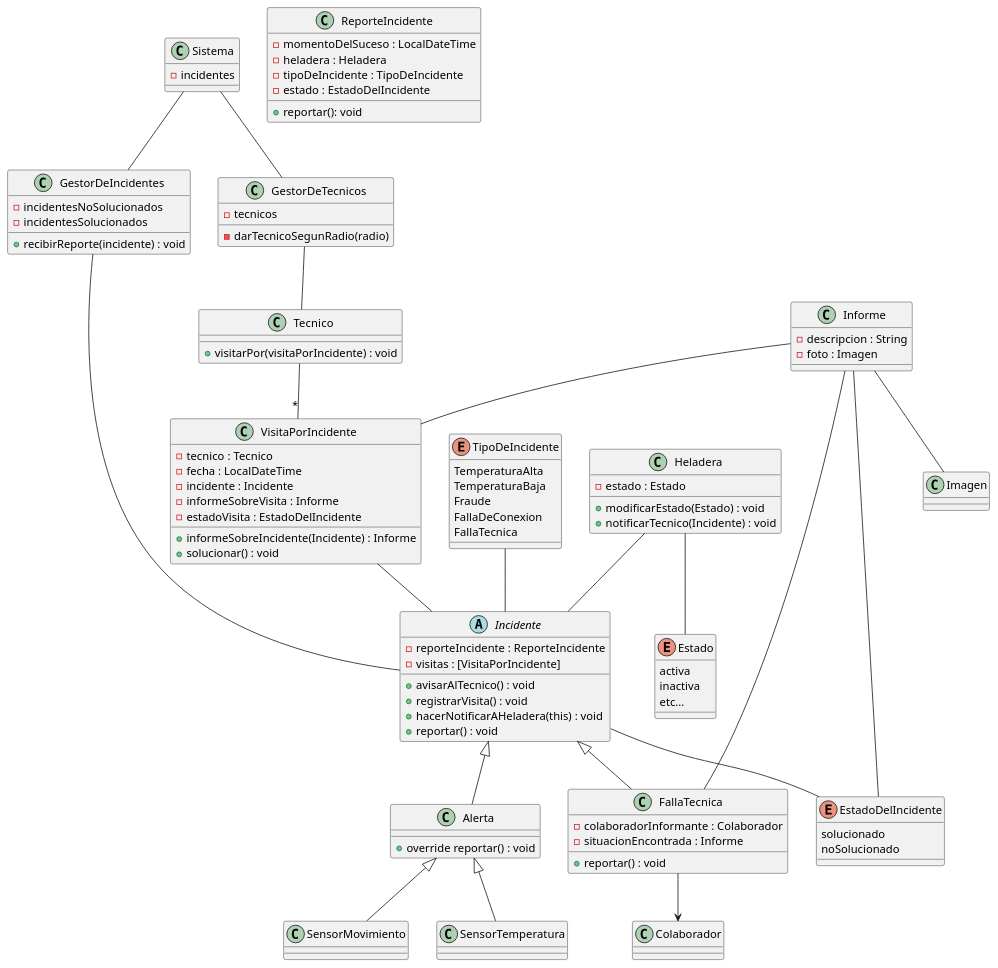
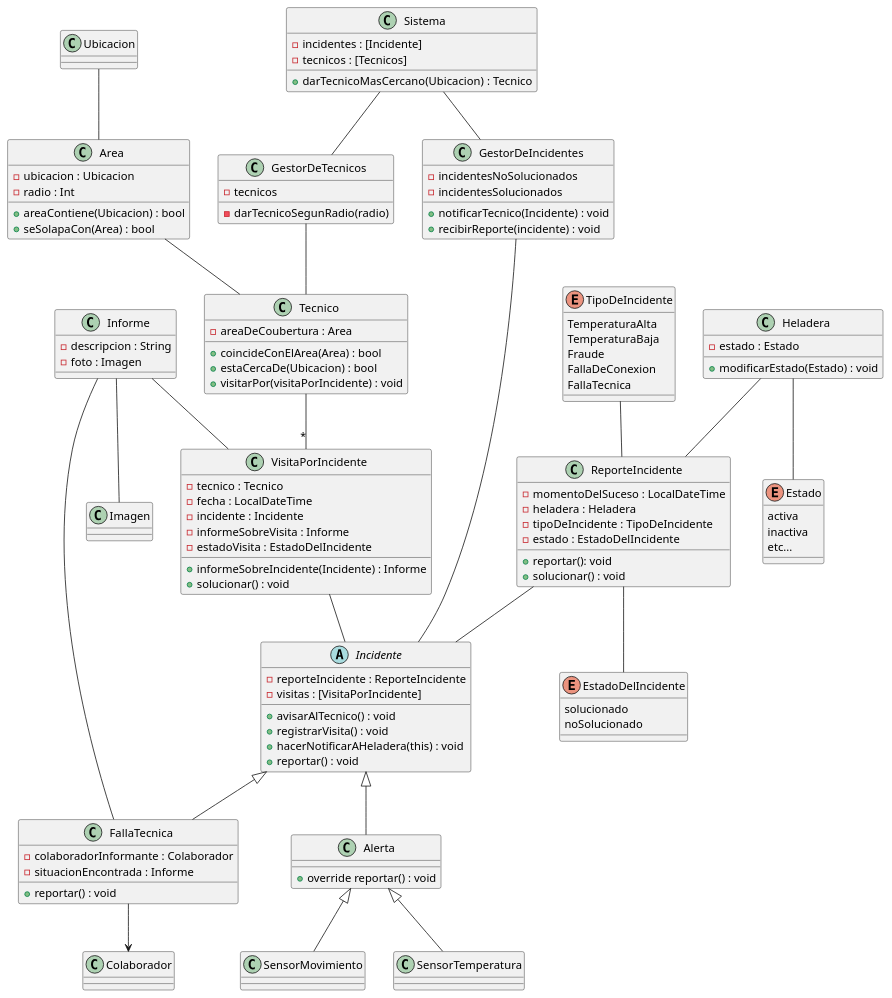
The diagram in TP-Anual/Entrega3/incidentes.puml (GonzaloFernandez20/DDS-K3002-2024-Grupo8), drawn with PlantUML before and after one commit. The commit also changed 13 other files, not shown here.

```diff
--- a/TP-Anual/Entrega3/incidentes.puml
+++ b/TP-Anual/Entrega3/incidentes.puml
@@ -1,118 +1,133 @@
 @startuml incidentes
 abstract class Incidente{
     -reporteIncidente : ReporteIncidente
     - visitas : [VisitaPorIncidente]
     'Cambia el estadoDelIncidente a solucionado y activa a la heladera'
     +avisarAlTecnico() : void
     'Lo pongo para no olvidarnos de que hay que hacerlo'
     +registrarVisita() : void
     ' vi
     'Lo pongo para no olvidarnos de que hay que hacerlo'
     +hacerNotificarAHeladera(this) : void 
     + reportar() : void 
     ' gestorIncidentes.recibirReporte(this) y esto hace incidentesActivos.add(incidente)
     ' heladera cambia a inactiva y reporteIncidente.reportar()
 }
 
 class GestorDeIncidentes {
     - incidentesNoSolucionados
     - incidentesSolucionados
+    +notificarTecnico(Incidente) : void
     + recibirReporte(incidente) : void 
     ' darTecnicoSegunRadio radio) devuelve un tecnico
     ' crea una visitaPorIncidente y hace solucionar()
 }
 
 class GestorDeTecnicos {
     - tecnicos
     - darTecnicoSegunRadio(radio)
     ' devuelve un tecnico
 }
 
 class Sistema {
-    - incidentes 
+    - incidentes : [Incidente]
+    - tecnicos : [Tecnicos]
+    + darTecnicoMasCercano(Ubicacion) : Tecnico
 }
 
 enum TipoDeIncidente{
     TemperaturaAlta
     TemperaturaBaja
     Fraude
     FallaDeConexion
     FallaTecnica
 }
 
 class Alerta extends Incidente{
     + override reportar() : void
 }
 
 class SensorTemperatura extends Alerta {}
 class SensorMovimiento extends Alerta {}
 
 class FallaTecnica extends Incidente{
     - colaboradorInformante : Colaborador
     - situacionEncontrada : Informe
     + reportar() : void
 }
 
 class Tecnico{
+    - areaDeCoubertura : Area
+    + coincideConElArea(Area) : bool
+    + estaCercaDe(Ubicacion) : bool
     + visitarPor(visitaPorIncidente) : void 
 }
 
 enum EstadoDelIncidente{
     solucionado
     noSolucionado
 }
 
 ' las visitas deben quedar en el sistema
 class VisitaPorIncidente{
     - tecnico : Tecnico 
     - fecha : LocalDateTime
     - incidente : Incidente
     - informeSobreVisita : Informe
     - estadoVisita : EstadoDelIncidente 
     + informeSobreIncidente(Incidente) : Informe
     + solucionar() : void
     ' tecnico.visitarPor(this)
 }
 
 class Informe {
     - descripcion : String
     - foto : Imagen
 }
 
 class ReporteIncidente {
     -momentoDelSuceso : LocalDateTime
     -heladera : Heladera
     -tipoDeIncidente : TipoDeIncidente
     -estado : EstadoDelIncidente
     + reportar(): void
+    +solucionar() : void
 }
 
 class Heladera {
     -estado : Estado
     +modificarEstado(Estado) : void
 'tiene sentido que un técnico conozca al incidente'
-    +notificarTecnico(Incidente) : void
-}
+    }
 
 enum Estado {
     activa
     inactiva
     etc...
 }
+class Ubicacion{}
+class Area{
+    -ubicacion : Ubicacion
+    -radio : Int
+    +areaContiene(Ubicacion) : bool
+    +seSolapaCon(Area) : bool
 
+}
+Ubicacion -- Area
+Area -- Tecnico
 Heladera -- Estado
-Heladera -- Incidente
-TipoDeIncidente -- Incidente
+Heladera -- ReporteIncidente
+TipoDeIncidente -- ReporteIncidente
 FallaTecnica --> Colaborador
 Informe -- FallaTecnica
 Tecnico --"*" VisitaPorIncidente
 VisitaPorIncidente -- Incidente
 Informe -- VisitaPorIncidente
-Incidente -- EstadoDelIncidente
+ReporteIncidente -- EstadoDelIncidente
 Informe -- Imagen
-Informe -- EstadoDelIncidente
 GestorDeIncidentes -- Incidente 
 GestorDeTecnicos -- Tecnico 
 Sistema -- GestorDeIncidentes
 Sistema -- GestorDeTecnicos
+ReporteIncidente -- Incidente
 @enduml
```
